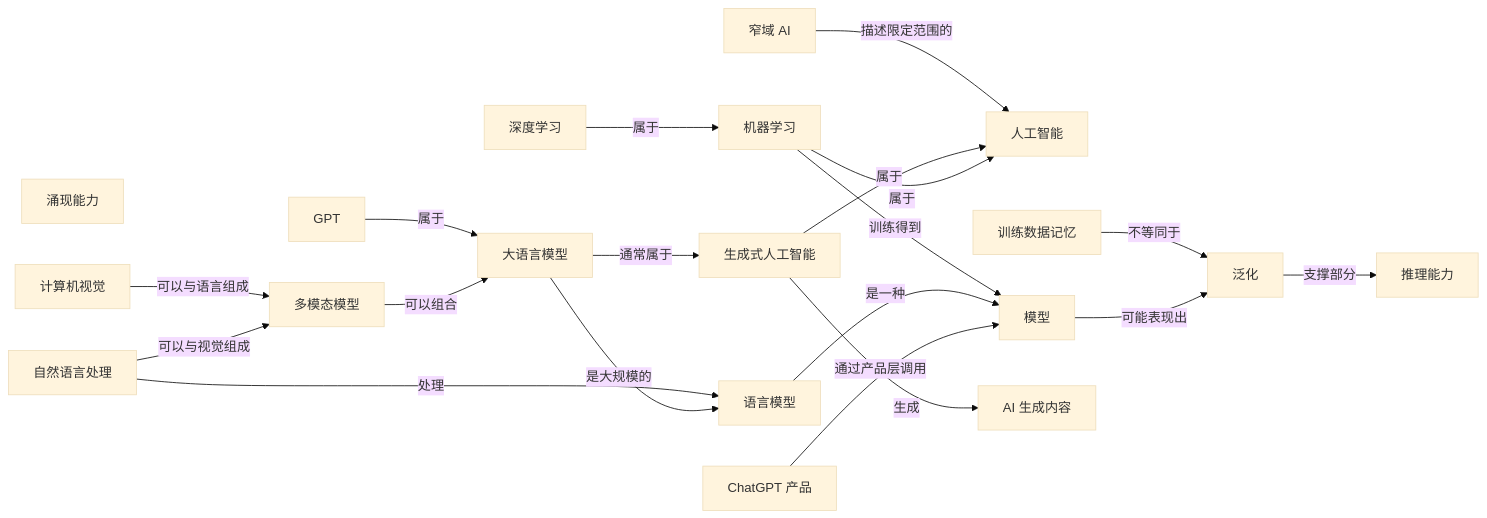
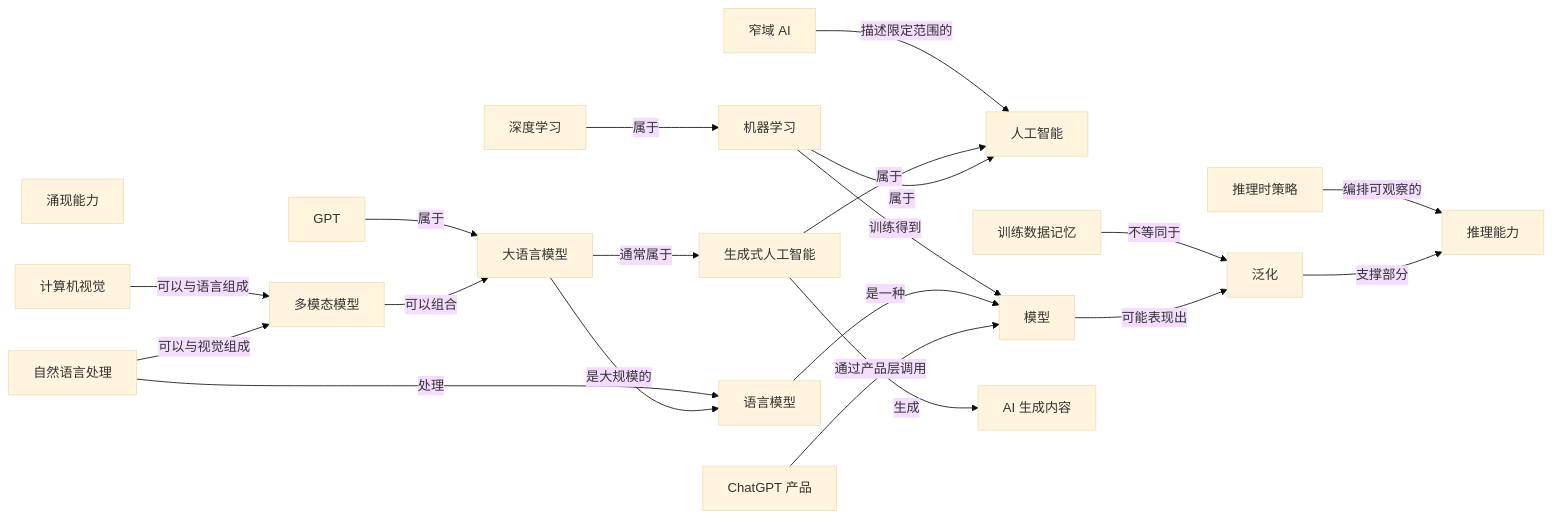
Before and after one commit to z-Zihan/LLM-101: the first of 9 diagrams in 知识网络.md, drawn with Mermaid (base theme). The commit also changed other lines of this file and 16 other files, not shown here.

````diff
--- a/知识网络.md
+++ b/知识网络.md
@@ -97,39 +99,41 @@
 ```mermaid
 flowchart LR
     n_ai["人工智能"]
     n_machine_learning["机器学习"]
     n_deep_learning["深度学习"]
     n_model["模型"]
     n_language_model["语言模型"]
     n_llm["大语言模型"]
     n_gpt["GPT"]
     n_chatgpt_product["ChatGPT 产品"]
     n_generalization["泛化"]
     n_memorization["训练数据记忆"]
     n_reasoning["推理能力"]
+    n_reasoning_strategies["推理时策略"]
     n_emergence["涌现能力"]
     n_multimodal["多模态模型"]
     n_narrow_ai["窄域 AI"]
     n_generative_ai["生成式人工智能"]
     n_aigc["AI 生成内容"]
     n_nlp["自然语言处理"]
     n_computer_vision["计算机视觉"]
+    n_reasoning_strategies -->|"编排可观察的"| n_reasoning
     n_memorization -->|"不等同于"| n_generalization
     n_narrow_ai -->|"描述限定范围的"| n_ai
     n_generative_ai -->|"属于"| n_ai
     n_generative_ai -->|"生成"| n_aigc
     n_llm -->|"通常属于"| n_generative_ai
     n_nlp -->|"处理"| n_language_model
     n_computer_vision -->|"可以与语言组成"| n_multimodal
     n_nlp -->|"可以与视觉组成"| n_multimodal
     n_machine_learning -->|"属于"| n_ai
     n_deep_learning -->|"属于"| n_machine_learning
     n_machine_learning -->|"训练得到"| n_model
     n_language_model -->|"是一种"| n_model
     n_llm -->|"是大规模的"| n_language_model
     n_gpt -->|"属于"| n_llm
     n_chatgpt_product -->|"通过产品层调用"| n_model
     n_model -->|"可能表现出"| n_generalization
     n_generalization -->|"支撑部分"| n_reasoning
     n_multimodal -->|"可以组合"| n_llm
 ```
````
